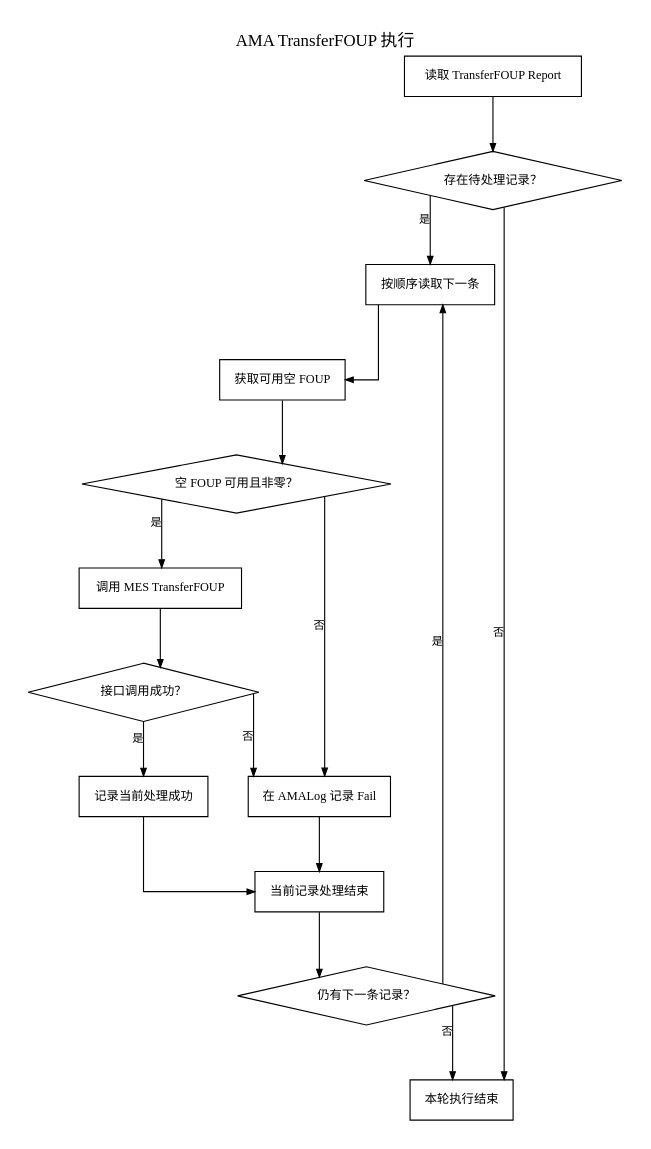
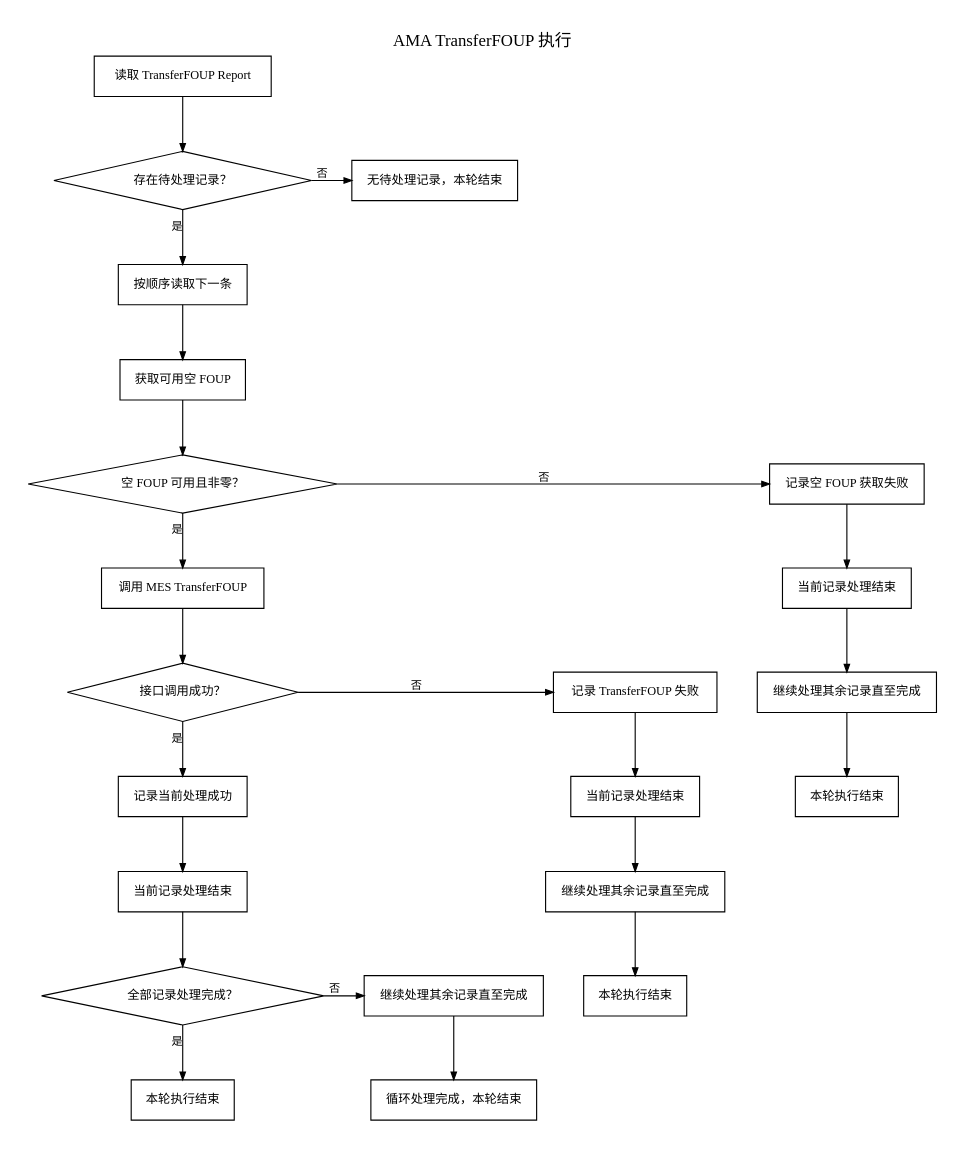
One commit to laanthony06-spec/AI changed the diagram in 00.raw-materials/90.processed/LithoAutoPiRun/流程图/Graphviz优化版/07_AMA_TransferFOUP执行.dot. Above: the diagram before and after it, drawn with Graphviz. The commit also changed 42 other files, not shown here.

```diff
--- a/00.raw-materials/90.processed/LithoAutoPiRun/流程图/Graphviz优化版/07_AMA_TransferFOUP执行.dot
+++ b/00.raw-materials/90.processed/LithoAutoPiRun/流程图/Graphviz优化版/07_AMA_TransferFOUP执行.dot
@@ -1,59 +1,80 @@
 digraph AMATransferFoup {
   graph [
     charset="UTF-8",
     rankdir=TB,
     splines=ortho,
     bgcolor="white",
     pad=0.25,
     nodesep=0.5,
     ranksep=0.68,
     fontname="Microsoft YaHei",
     fontsize=15,
     labelloc="t",
     label="AMA TransferFOUP 执行"
   ];
   node [
     shape=box,
     style="solid",
     color="black",
     fontcolor="black",
     fontname="Microsoft YaHei",
     fontsize=11,
     margin="0.16,0.10"
   ];
   edge [
     color="black",
     fontcolor="black",
     fontname="Microsoft YaHei",
     fontsize=10,
     arrowsize=0.7
   ];
 
   start [label="读取 TransferFOUP Report"];
   has [shape=diamond, label="存在待处理记录？"];
   read [label="按顺序读取下一条"];
   reserve [label="获取可用空 FOUP"];
   reserve_ok [shape=diamond, label="空 FOUP 可用且非零？"];
   transfer [label="调用 MES TransferFOUP"];
   transfer_ok [shape=diamond, label="接口调用成功？"];
-  fail [label="在 AMALog 记录 Fail"];
+  fail_reserve [label="记录空 FOUP 获取失败"];
+  mark_reserve [label="当前记录处理结束"];
+  continue_reserve [label="继续处理其余记录直至完成"];
+  end_reserve [label="本轮执行结束"];
+  fail_transfer [label="记录 TransferFOUP 失败"];
+  mark_transfer [label="当前记录处理结束"];
+  continue_transfer [label="继续处理其余记录直至完成"];
+  end_transfer [label="本轮执行结束"];
   success [label="记录当前处理成功"];
-  mark [label="当前记录处理结束"];
-  remain [shape=diamond, label="仍有下一条记录？"];
-  end [label="本轮执行结束"];
+  mark_success [label="当前记录处理结束"];
+  remain [shape=diamond, label="全部记录处理完成？"];
+  continue_success [label="继续处理其余记录直至完成"];
+  end_success [label="本轮执行结束"];
+  end_loop [label="循环处理完成，本轮结束"];
+  end_none [label="无待处理记录，本轮结束"];
 
-  start -> has;
-  has -> end [xlabel="否"];
-  has -> read [xlabel="是"];
-  read -> reserve -> reserve_ok;
-  reserve_ok -> fail [xlabel="否"];
-  reserve_ok -> transfer [xlabel="是"];
-  transfer -> transfer_ok;
-  transfer_ok -> fail [xlabel="否"];
-  transfer_ok -> success [xlabel="是"];
-  fail -> mark;
-  success -> mark;
-  mark -> remain;
-  remain -> end [xlabel="否"];
-  remain -> read [xlabel="是"];
+  start:s -> has:n;
+  { rank=same; has; end_none; }
+  has:e -> end_none:w [xlabel="否", constraint=false];
+  has:s -> read:n [xlabel="是"];
+  read:s -> reserve:n;
+  reserve:s -> reserve_ok:n;
+  { rank=same; reserve_ok; fail_reserve; }
+  reserve_ok:e -> fail_reserve:w [xlabel="否", constraint=false];
+  fail_reserve:s -> mark_reserve:n;
+  mark_reserve:s -> continue_reserve:n;
+  continue_reserve:s -> end_reserve:n;
+  reserve_ok:s -> transfer:n [xlabel="是"];
+  transfer:s -> transfer_ok:n;
+  { rank=same; transfer_ok; fail_transfer; }
+  transfer_ok:e -> fail_transfer:w [xlabel="否", constraint=false];
+  fail_transfer:s -> mark_transfer:n;
+  mark_transfer:s -> continue_transfer:n;
+  continue_transfer:s -> end_transfer:n;
+  transfer_ok:s -> success:n [xlabel="是"];
+  success:s -> mark_success:n;
+  mark_success:s -> remain:n;
+  remain:s -> end_success:n [xlabel="是"];
+  { rank=same; remain; continue_success; }
+  remain:e -> continue_success:w [xlabel="否", constraint=false];
+  continue_success:s -> end_loop:n;
 }
```
